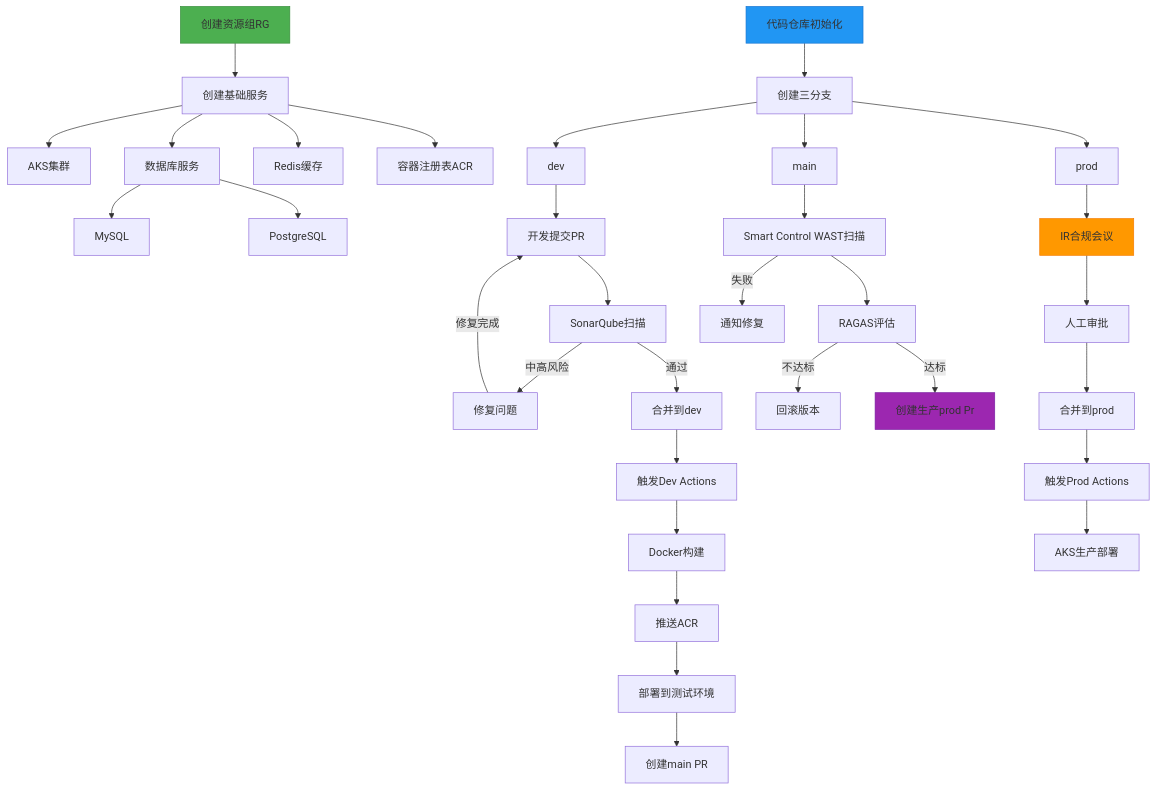
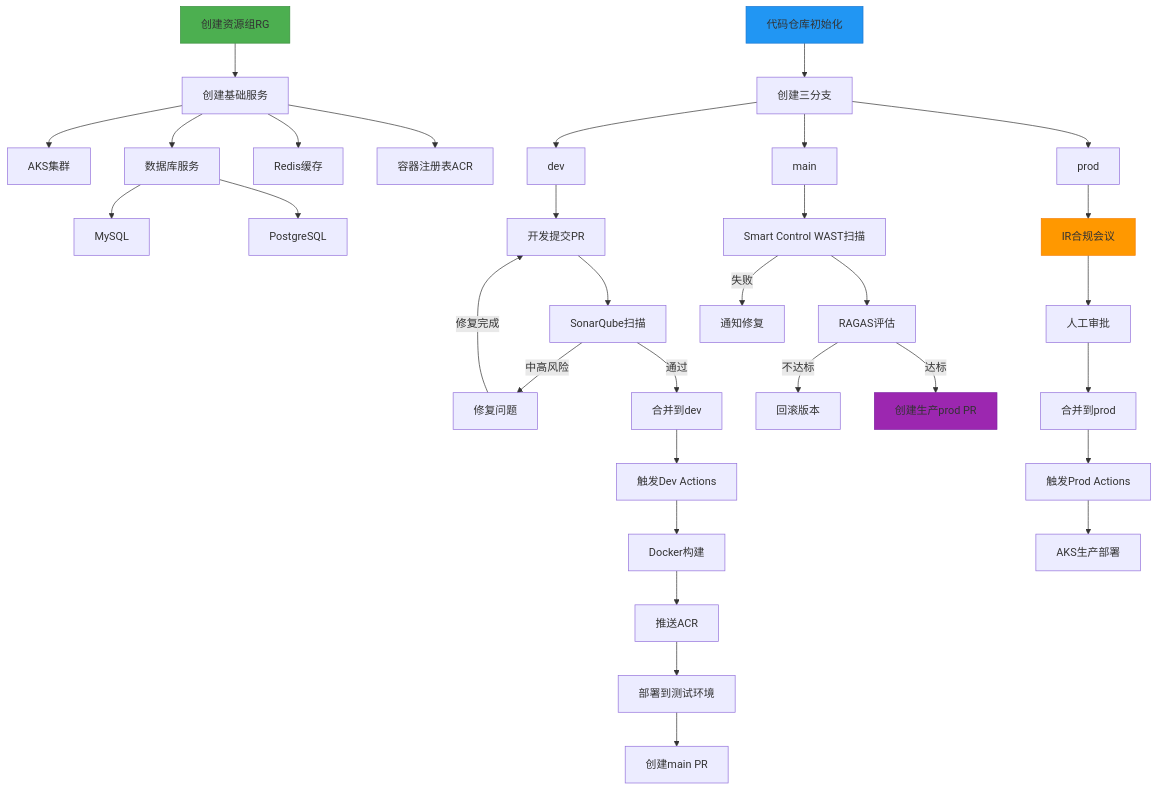
The diagram in all/未命名-1.md (funnyData/iodraw-files), drawn with Mermaid before and after one commit.

Commit message:
2025-02-27 09:21:02 update

````diff
--- a/all/未命名-1.md
+++ b/all/未命名-1.md
@@ -1,60 +1,61 @@
 ```mermaid
 graph TD
     A[创建资源组RG] --> B[创建基础服务]
     B --> C[AKS集群]
     B --> D[数据库服务]
     D --> DA[MySQL]
     D --> DB[PostgreSQL]
     B --> E[Redis缓存]
     B --> F[容器注册表ACR]
     
     G[代码仓库初始化] --> H[创建三分支]
     H --> I[dev]
     H --> J[main]
     H --> K[prod]
     K --> W[IR合规会议]
     J --> T[Smart Control WAST扫描]
     
     I --> L[开发提交PR]
     L --> M[SonarQube扫描]
     M -->|中高风险| N[修复问题]
     N -->|修复完成|L
     M -->|通过| O[合并到dev]
     
     O --> P[触发Dev Actions]
     P --> Q[Docker构建]
     Q --> R[推送ACR]
     R --> S[部署到测试环境]
     S --> SA[创建main PR]
     %% S -->V[创建生产PR]
 
     
     %% S --> T[Smart Control WAST扫描]
     %% T -->|失败| U[通知修复]
 
     
     %% T -->|通过| V[创建生产PR]
 T--> AD[RAGAS评估]
     AD -->|不达标| AE[回滚版本]
-    AD -->|达标| AF[创建生产prod Pr]
+    AD -->|达标| AF[创建生产prod PR]
     T -->|失败| U[通知修复]
     
     %% V --> W[IR合规会议]
     W --> X[人工审批]
     X --> Y[合并到prod]
     
     Y --> Z[触发Prod Actions]
     Z --> AC[AKS生产部署]
+    A
     %% Z --> AA[安全扫描]
     %% AA -->|高风险| AB[终止部署]
     %% AA -->|通过| AC[AKS生产部署]
     
     %% AC --> AD[RAGAS评估]
     %% AD -->|不达标| AE[回滚版本]
     %% AD -->|达标| AF[完成上线]
     
     style A fill:#4CAF50,stroke:#388E3C
     style G fill:#2196F3,stroke:#1976D2
     style W fill:#FF9800,stroke:#F57C00
     style AF fill:#9C27B0,stroke:#7B1FA2
 ```
````
